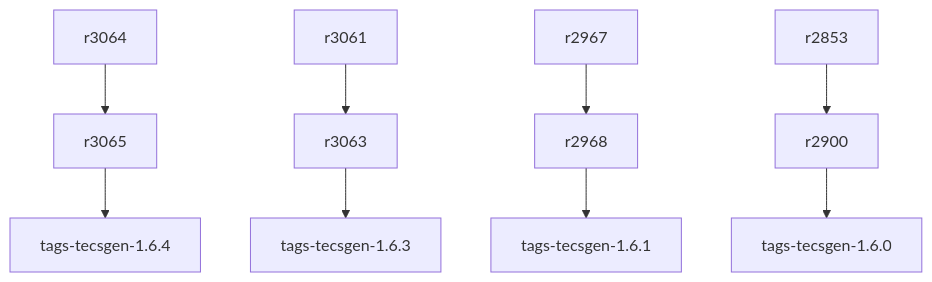
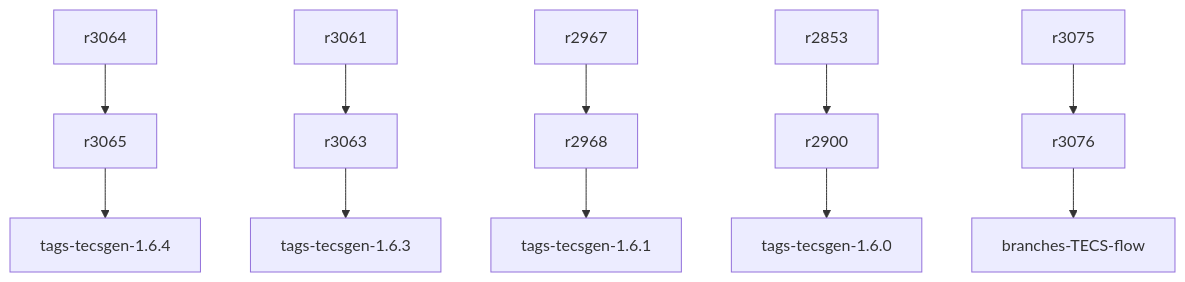
One commit to ykominami/testxprj changed the diagram in tecsgen_B.md. Above: the diagram before and after it, drawn with Mermaid.

````diff
--- a/tecsgen_B.md
+++ b/tecsgen_B.md
@@ -1,12 +1,15 @@
 ```mermaid
 
 graph TD;
   r3065-->tags-tecsgen-1.6.4;
   r3064-->r3065;
   r3063-->tags-tecsgen-1.6.3;
   r3061-->r3063;
   r2968-->tags-tecsgen-1.6.1;
   r2967-->r2968;
   r2900-->tags-tecsgen-1.6.0;
   r2853-->r2900;
+  
+  r3076-->branches-TECS-flow;
+  r3075-->r3076;
 ```
````
